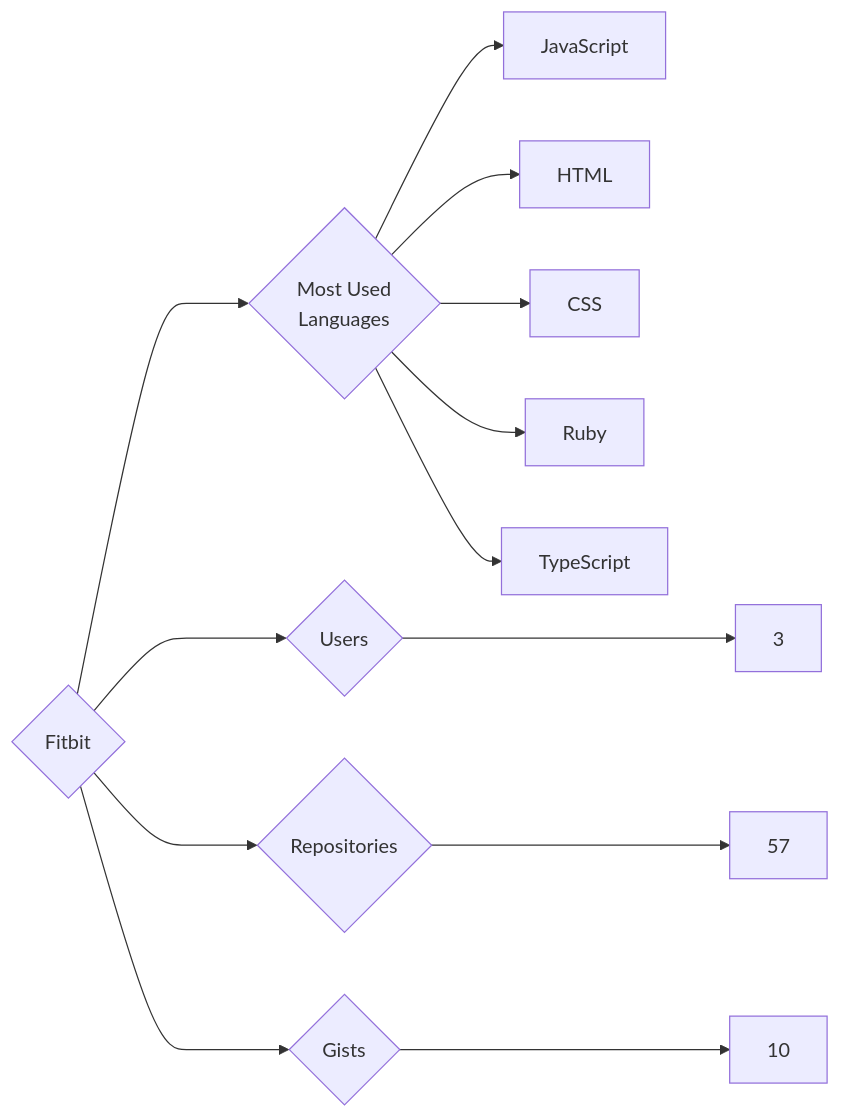
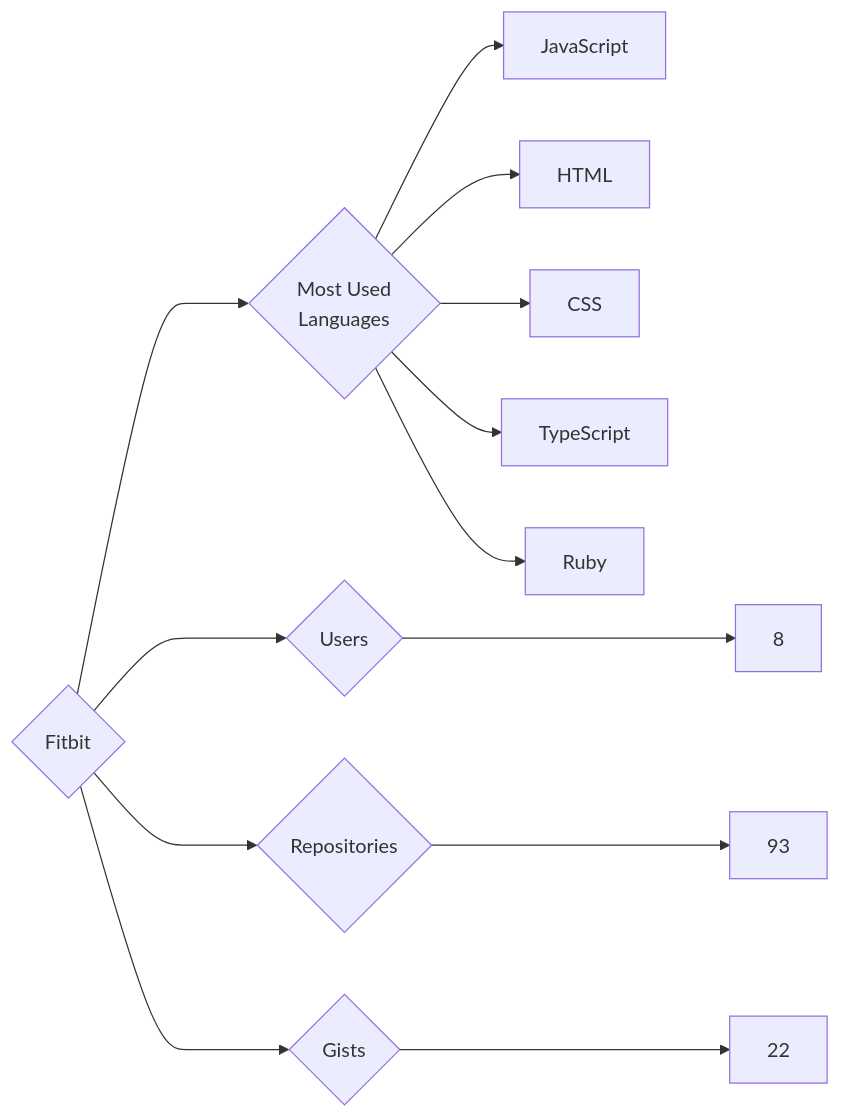
One commit to trickest/insiders changed the diagram in targets/Fitbit/README.md. Above: the diagram before and after it, drawn with Mermaid. The commit also changed 993 other files, not shown here.

````diff
--- a/targets/Fitbit/README.md
+++ b/targets/Fitbit/README.md
@@ -3,13 +3,13 @@
 ```mermaid
 graph LR
 COMPANY_NAME{Fitbit}
-COMPANY_NAME ---> U{Users} ---> UN[3]
-COMPANY_NAME ---> R{Repositories} ---> RN[57]
-COMPANY_NAME ---> G{Gists} ---> GN[10]
+COMPANY_NAME ---> U{Users} ---> UN[8]
+COMPANY_NAME ---> R{Repositories} ---> RN[93]
+COMPANY_NAME ---> G{Gists} ---> GN[22]
 COMPANY_NAME ---> ML{Most Used<br>Languages}
 ML --> JavaScript[JavaScript]
 ML --> HTML[HTML]
 ML --> CSS[CSS]
+ML --> TypeScript[TypeScript]
 ML --> Ruby[Ruby]
-ML --> TypeScript[TypeScript]
 ```
````
